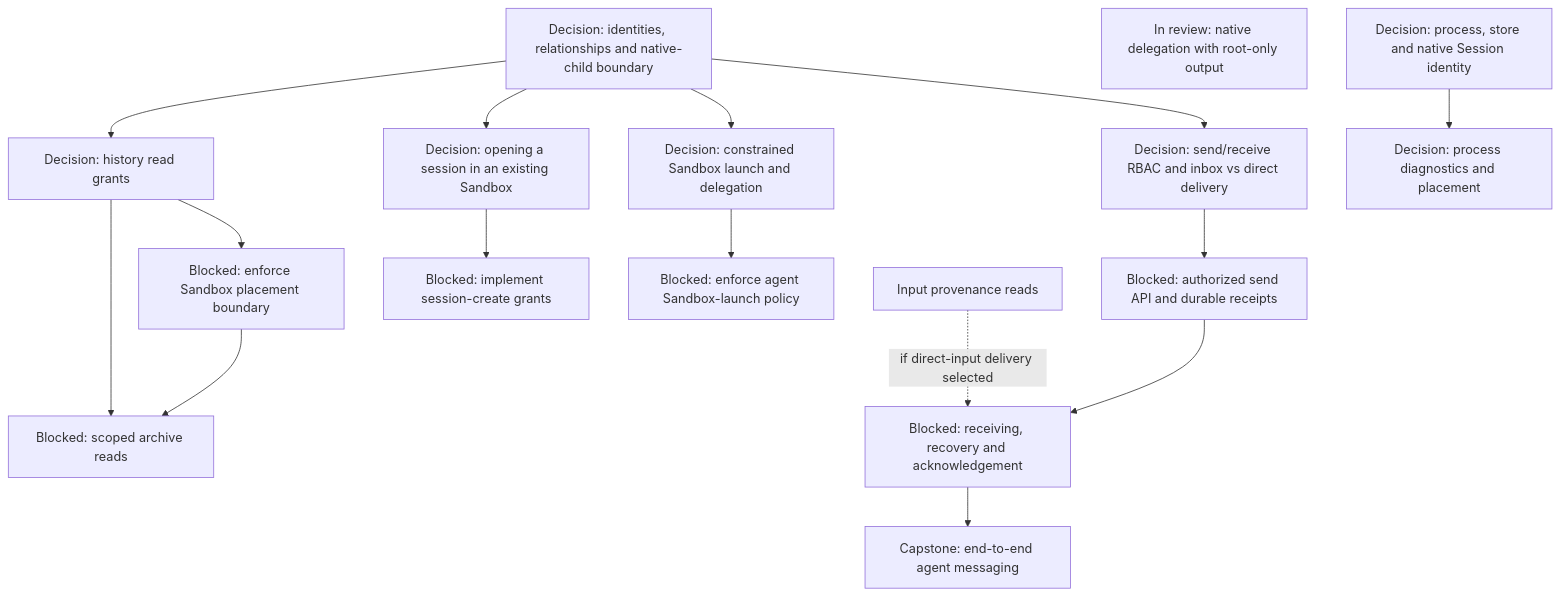
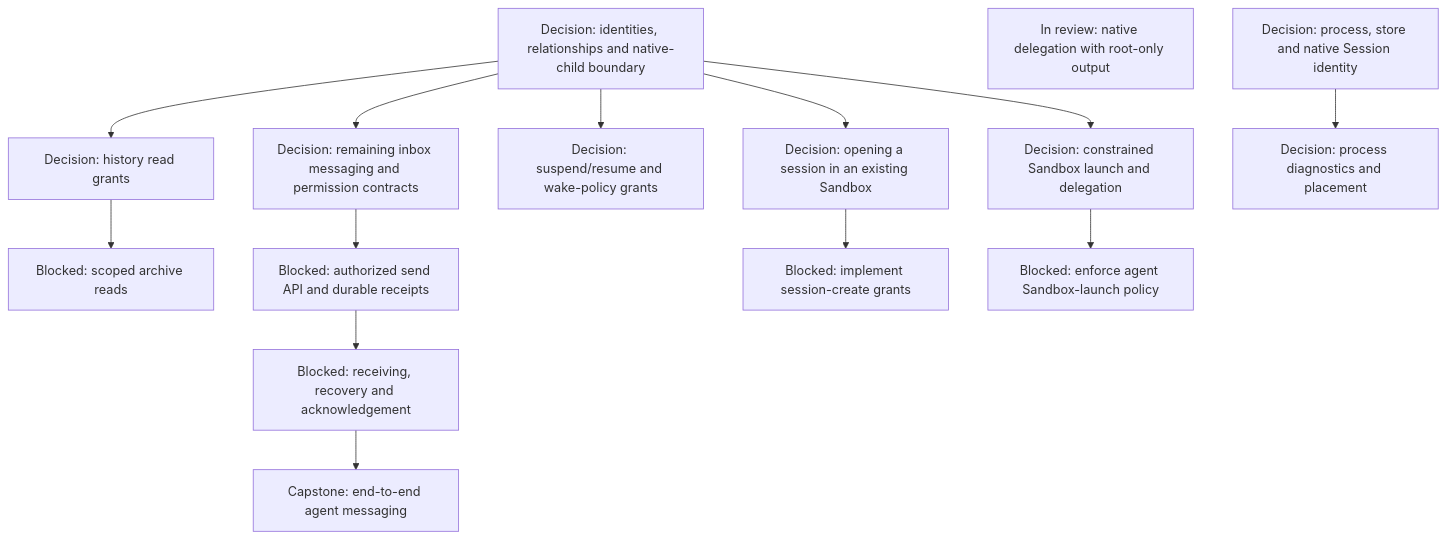
Before and after one commit to agentydragon/ducktape: the fifth of 16 diagrams in agentplane/plans/task_dag.md, drawn with Mermaid. The commit also changed other lines of this file and 3 other files, not shown here.

Commit message:
docs(agentplane): settle sandbox scopes and inbox messaging directions

````diff
--- a/agentplane/plans/task_dag.md
+++ b/agentplane/plans/task_dag.md
@@ -227,32 +232,30 @@
 ```mermaid
 flowchart TD
     MULTIAGENT_MODEL[Decision: identities, relationships and native-child boundary]
     THREAD_READ_POLICY_DESIGN[Decision: history read grants]
-    SANDBOX_COMPARTMENT_BOUNDARY[Blocked: enforce Sandbox placement boundary]
     THREAD_READ_POLICY[Blocked: scoped archive reads]
-    AGENT_MESSAGING_DESIGN[Decision: send/receive RBAC and inbox vs direct delivery]
+    AGENT_MESSAGING_DESIGN[Decision: remaining inbox messaging and permission contracts]
     AGENT_MESSAGE_INGRESS[Blocked: authorized send API and durable receipts]
     AGENT_MESSAGE_RECEPTION[Blocked: receiving, recovery and acknowledgement]
     AGENT_MESSAGING[Capstone: end-to-end agent messaging]
+    SANDBOX_LIFECYCLE_AUTHORIZATION_DESIGN[Decision: suspend/resume and wake-policy grants]
     THREAD_CREATE_POLICY[Decision: opening a session in an existing Sandbox]
     THREAD_CREATE_AUTHORIZATION[Blocked: implement session-create grants]
     AGENT_LAUNCH_POLICY_DESIGN[Decision: constrained Sandbox launch and delegation]
     AGENT_SANDBOX_LAUNCH[Blocked: enforce agent Sandbox-launch policy]
     MULTIAGENT_MODEL --> THREAD_READ_POLICY_DESIGN
     MULTIAGENT_MODEL --> AGENT_MESSAGING_DESIGN
+    MULTIAGENT_MODEL --> SANDBOX_LIFECYCLE_AUTHORIZATION_DESIGN
     MULTIAGENT_MODEL --> THREAD_CREATE_POLICY
     MULTIAGENT_MODEL --> AGENT_LAUNCH_POLICY_DESIGN
-    THREAD_READ_POLICY_DESIGN --> SANDBOX_COMPARTMENT_BOUNDARY
     THREAD_READ_POLICY_DESIGN --> THREAD_READ_POLICY
-    SANDBOX_COMPARTMENT_BOUNDARY --> THREAD_READ_POLICY
     AGENT_MESSAGING_DESIGN --> AGENT_MESSAGE_INGRESS
-    SESSION_INPUT_METADATA_READ[Input provenance reads] -. if direct-input delivery selected .-> AGENT_MESSAGE_RECEPTION
     AGENT_MESSAGE_INGRESS --> AGENT_MESSAGE_RECEPTION
     AGENT_MESSAGE_RECEPTION --> AGENT_MESSAGING
     THREAD_CREATE_POLICY --> THREAD_CREATE_AUTHORIZATION
     AGENT_LAUNCH_POLICY_DESIGN --> AGENT_SANDBOX_LAUNCH
     NATIVE_SUBAGENT_ENABLE[In review: native delegation with root-only output]
     RUNNER_HARNESS_OBJECTS_DESIGN[Decision: process diagnostics and placement]
     HARNESS_IDENTITY_DESIGN[Decision: process, store and native Session identity]
     HARNESS_IDENTITY_DESIGN --> RUNNER_HARNESS_OBJECTS_DESIGN
 ```
````
